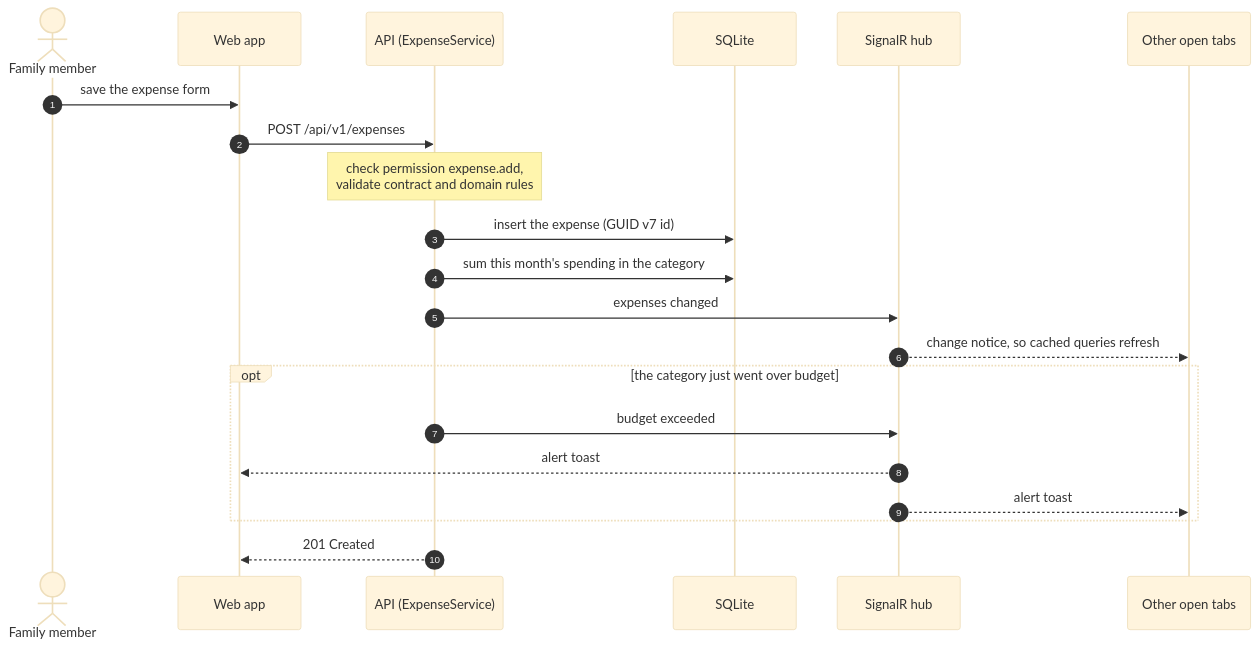
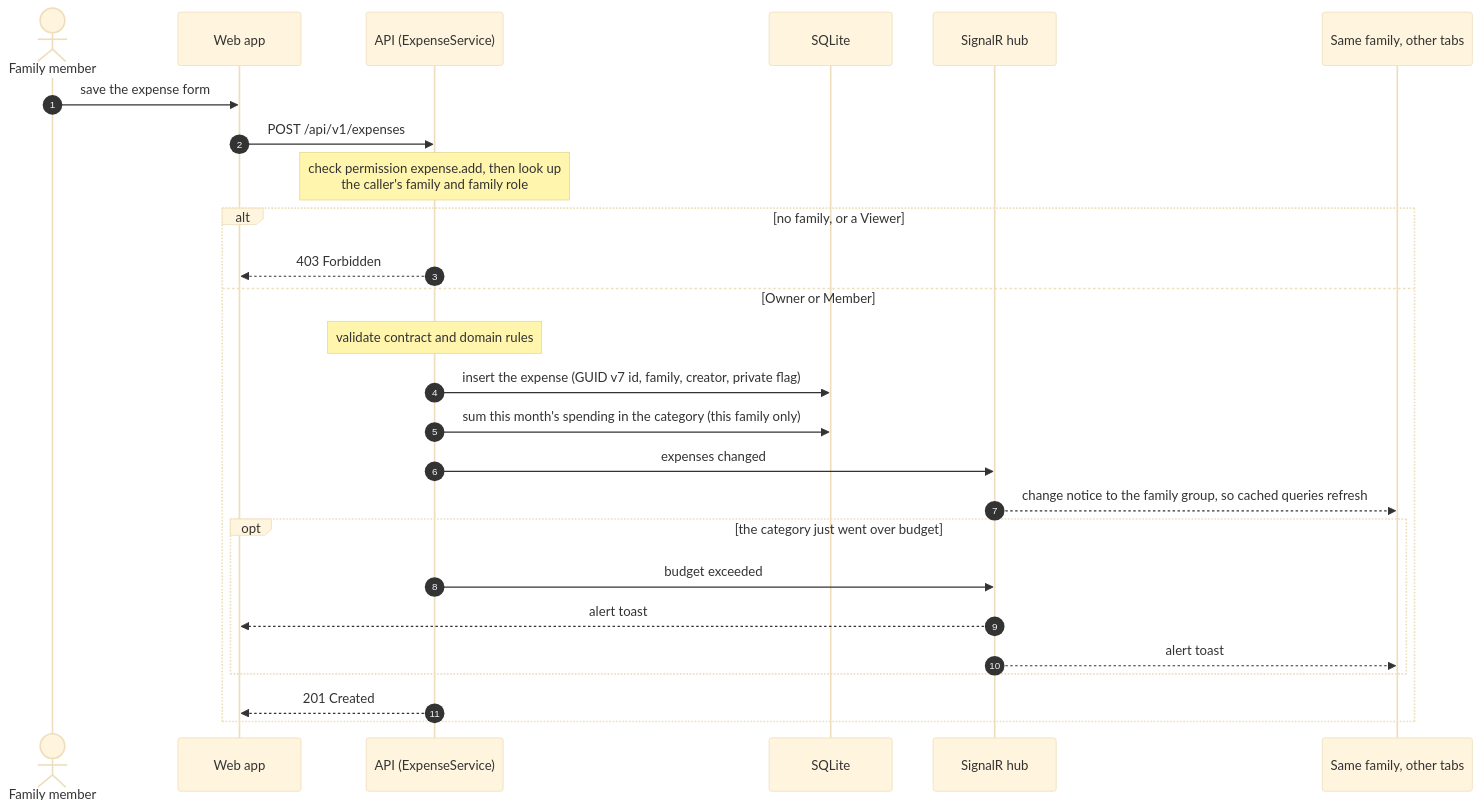
The diagram in docs/diagrams/sequence-add-expense.mmd (sushovan-code/Expense-Tracker), drawn with Mermaid (base theme) before and after one commit. The commit also changed 10 other files, not shown here.

First line of the commit message:
docs: update architecture diagrams and README for families (#8)

```diff
--- a/docs/diagrams/sequence-add-expense.mmd
+++ b/docs/diagrams/sequence-add-expense.mmd
@@ -1,23 +1,28 @@
 %% Add an expense, with live updates and a budget alert. Claude rewrites this via /update-diagrams.
 sequenceDiagram
   autonumber
   actor U as Family member
   participant W as Web app
   participant A as API (ExpenseService)
   participant D as SQLite
   participant H as SignalR hub
-  participant O as Other open tabs
+  participant O as Same family, other tabs
 
   U->>W: save the expense form
   W->>A: POST /api/v1/expenses
-  Note over A: check permission expense.add,<br/>validate contract and domain rules
-  A->>D: insert the expense (GUID v7 id)
-  A->>D: sum this month's spending in the category
-  A->>H: expenses changed
-  H-->>O: change notice, so cached queries refresh
-  opt the category just went over budget
-    A->>H: budget exceeded
-    H-->>W: alert toast
-    H-->>O: alert toast
+  Note over A: check permission expense.add, then look up<br/>the caller's family and family role
+  alt no family, or a Viewer
+    A-->>W: 403 Forbidden
+  else Owner or Member
+    Note over A: validate contract and domain rules
+    A->>D: insert the expense (GUID v7 id, family, creator, private flag)
+    A->>D: sum this month's spending in the category (this family only)
+    A->>H: expenses changed
+    H-->>O: change notice to the family group, so cached queries refresh
+    opt the category just went over budget
+      A->>H: budget exceeded
+      H-->>W: alert toast
+      H-->>O: alert toast
+    end
+    A-->>W: 201 Created
   end
-  A-->>W: 201 Created
```
